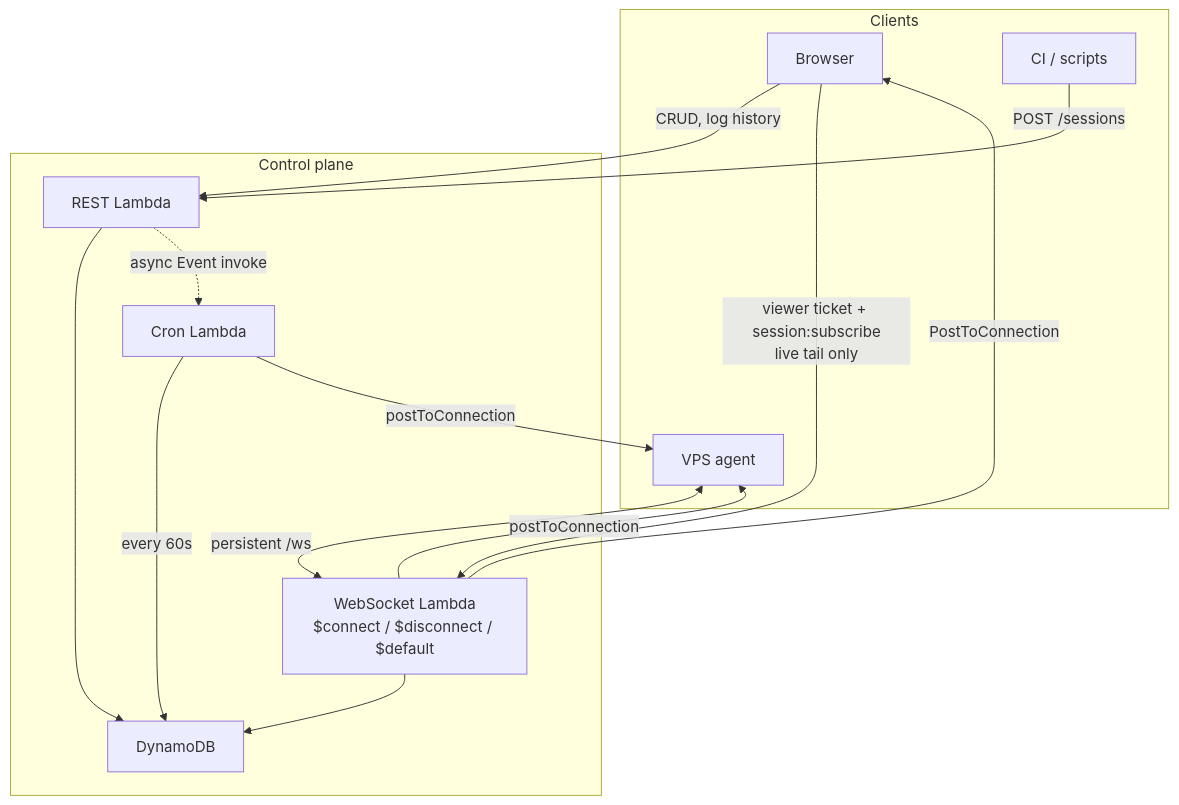
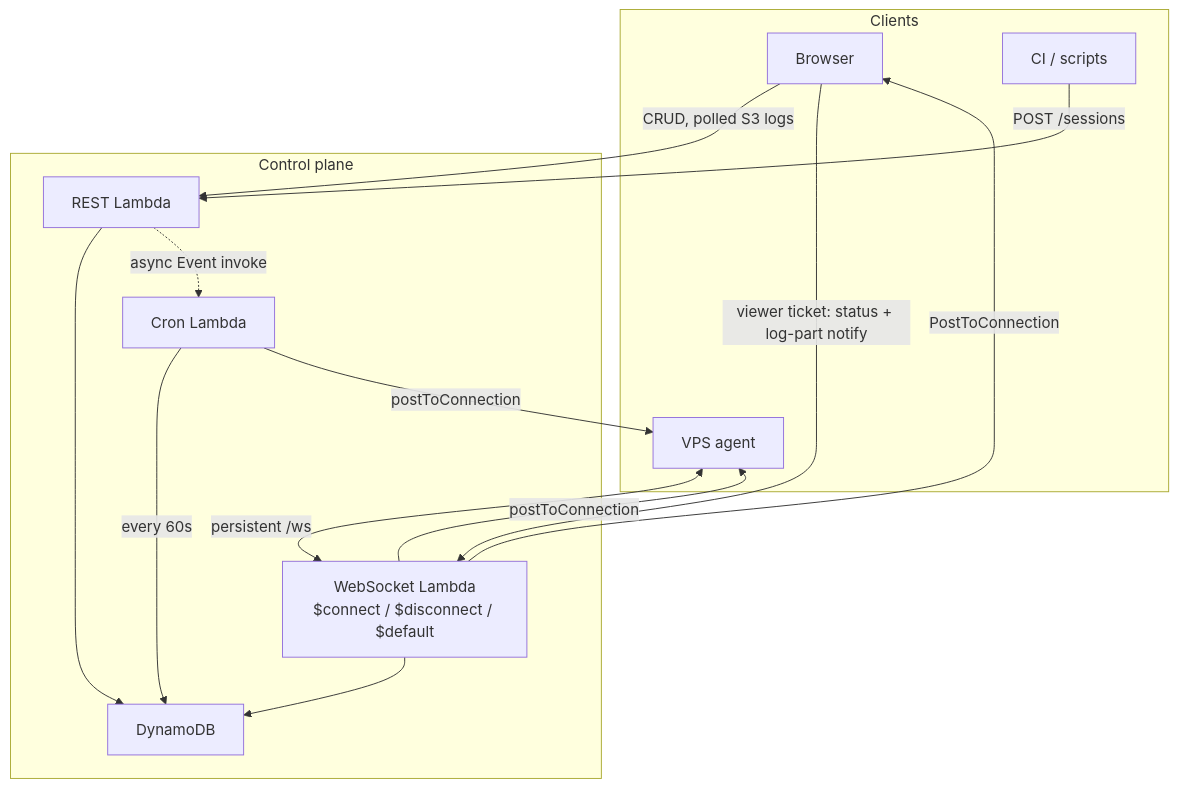
One commit to jonathanong/auto-harness changed the first of 4 diagrams in docs/architecture/communication.md. Above: the diagram before and after it, drawn with Mermaid. The commit also changed other lines of this file and 15 other files, not shown here.

First line of the commit message:
docs: move session log bodies to S3 gzip parts

````diff
--- a/docs/architecture/communication.md
+++ b/docs/architecture/communication.md
@@ -13,27 +13,27 @@
 ```mermaid
 flowchart TB
     subgraph Clients
         Browser["Browser"]
         CI["CI / scripts"]
         Agent["VPS agent"]
     end
 
     subgraph AWS["Control plane"]
         REST["REST Lambda"]
         WSL["WebSocket Lambda<br/>$connect / $disconnect / $default"]
         Cron["Cron Lambda"]
         DDB["DynamoDB"]
     end
 
-    Browser -->|"CRUD, log history"| REST
-    Browser -->|"viewer ticket + session:subscribe<br/>live tail only"| WSL
+    Browser -->|"CRUD, polled S3 logs"| REST
+    Browser -->|"viewer ticket: status + log-part notify"| WSL
     CI -->|"POST /sessions"| REST
     Agent <-->|"persistent /ws"| WSL
     REST --> DDB
     WSL --> DDB
     Cron -->|"every 60s"| DDB
     REST -.->|"async Event invoke"| Cron
     WSL -->|"postToConnection"| Agent
     Cron -->|"postToConnection"| Agent
     WSL -->|"PostToConnection"| Browser
 ```
````
